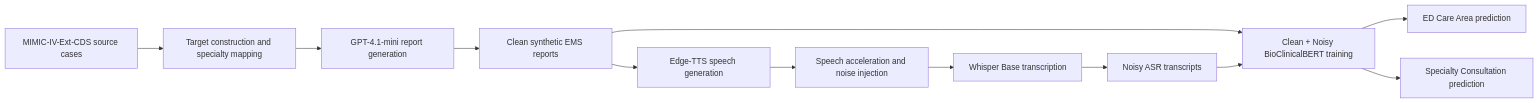
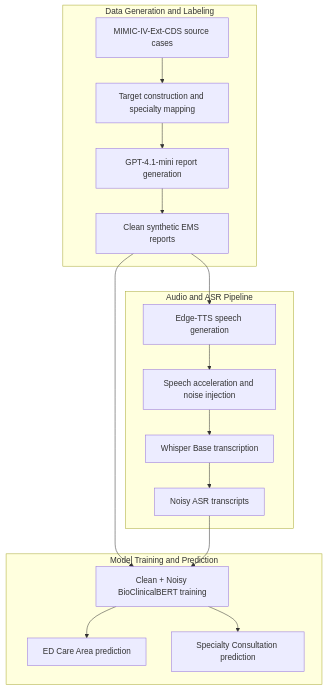
Before and after one commit to nofarGIT1/medalert-llm-ems-voice-ed-classification: the diagram in README.md, drawn with Mermaid.

Commit message:
Revise flowchart in README for clarity and structure
Updated the visual abstract flowchart to include subgraphs for Data Generation, Audio and ASR Pipeline, and Model Training.

````diff
--- a/README.md
+++ b/README.md
@@ -118,16 +118,34 @@
 ```mermaid
-flowchart LR
-    A[MIMIC-IV-Ext-CDS source cases] --> B[Target construction and specialty mapping]
-    B --> C[GPT-4.1-mini report generation]
-    C --> D[Clean synthetic EMS reports]
-    D --> E[Edge-TTS speech generation]
-    E --> F[Speech acceleration and noise injection]
-    F --> G[Whisper Base transcription]
-    G --> H[Noisy ASR transcripts]
+flowchart TB
 
-    D --> I[Clean + Noisy BioClinicalBERT training]
-    H --> I
+    subgraph A[Data Generation and Labeling]
+        A1[MIMIC-IV-Ext-CDS source cases]
+        A2[Target construction and specialty mapping]
+        A3[GPT-4.1-mini report generation]
+        A4[Clean synthetic EMS reports]
 
-    I --> J[ED Care Area prediction]
-    I --> K[Specialty Consultation prediction]
+        A1 --> A2 --> A3 --> A4
+    end
+
+    subgraph B[Audio and ASR Pipeline]
+        B1[Edge-TTS speech generation]
+        B2[Speech acceleration and noise injection]
+        B3[Whisper Base transcription]
+        B4[Noisy ASR transcripts]
+
+        B1 --> B2 --> B3 --> B4
+    end
+
+    subgraph C[Model Training and Prediction]
+        C1[Clean + Noisy BioClinicalBERT training]
+        C2[ED Care Area prediction]
+        C3[Specialty Consultation prediction]
+
+        C1 --> C2
+        C1 --> C3
+    end
+
+    A4 --> B1
+    A4 --> C1
+    B4 --> C1
 ```
````
